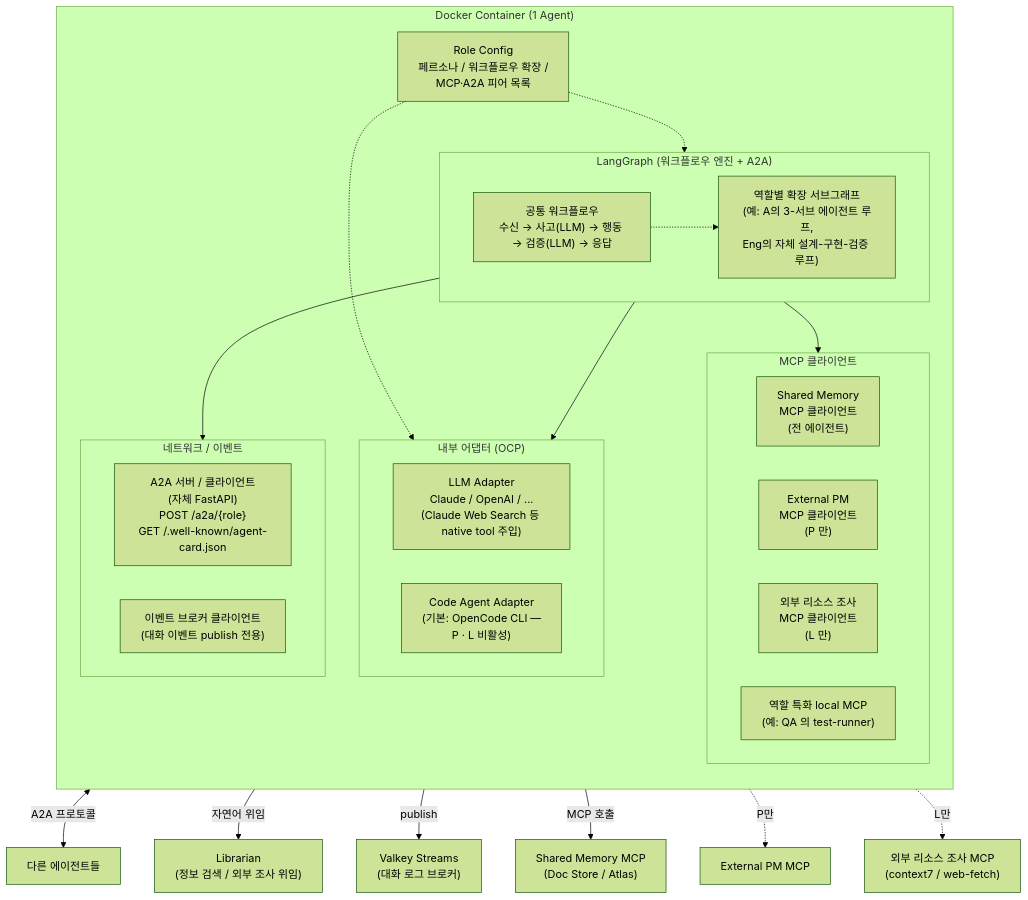
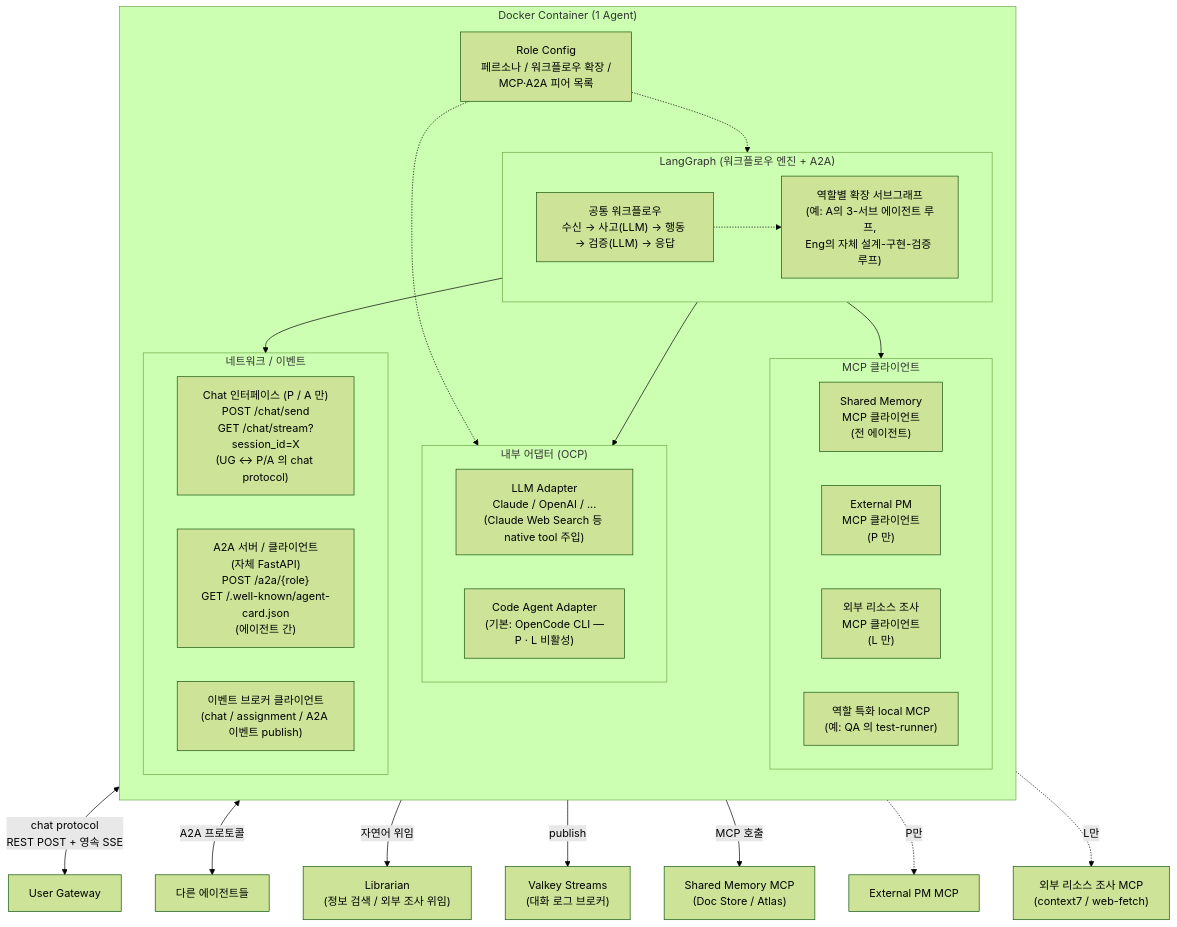
Before and after one commit to vonkernel/dev-team: the diagram in docs/proposal/architecture-agent-internals.md, drawn with Mermaid (forest theme). The commit also changed other lines of this file and 9 other files, not shown here.

First line of the commit message:
docs(m3): UG↔P/A chat tier 분리 + schema 재정의 (#75) (#76)

````diff
--- a/docs/proposal/architecture-agent-internals.md
+++ b/docs/proposal/architecture-agent-internals.md
@@ -7,57 +7,60 @@
 ```mermaid
 graph TD
     subgraph Container["Docker Container (1 Agent)"]
         direction TB
         RoleConfig["Role Config<br/>페르소나 / 워크플로우 확장 /<br/>MCP·A2A 피어 목록"]
 
         subgraph LG["LangGraph (워크플로우 엔진 + A2A)"]
             Base["공통 워크플로우<br/>수신 → 사고(LLM) → 행동 → 검증(LLM) → 응답"]
             Ext["역할별 확장 서브그래프<br/>(예: A의 3-서브 에이전트 루프,<br/>Eng의 자체 설계-구현-검증 루프)"]
             Base -.-> Ext
         end
 
         subgraph Adapters["내부 어댑터 (OCP)"]
             direction LR
             LLMAdapter["LLM Adapter<br/>Claude / OpenAI / ...<br/>(Claude Web Search 등 native tool 주입)"]
             CodeAdapter["Code Agent Adapter<br/>(기본: OpenCode CLI —<br/>P · L 비활성)"]
         end
 
         subgraph LocalMCP["MCP 클라이언트"]
             direction LR
             SharedMemClient["Shared Memory<br/>MCP 클라이언트<br/>(전 에이전트)"]
             ExtPmClient["External PM<br/>MCP 클라이언트<br/>(P 만)"]
             ResearchClient["외부 리소스 조사<br/>MCP 클라이언트<br/>(L 만)"]
             RoleMCP["역할 특화 local MCP<br/>(예: QA 의 test-runner)"]
         end
 
         subgraph Network["네트워크 / 이벤트"]
             direction LR
-            A2A["A2A 서버 / 클라이언트<br/>(자체 FastAPI)<br/>POST /a2a/{role}<br/>GET /.well-known/agent-card.json"]
-            BrokerClient["이벤트 브로커 클라이언트<br/>(대화 이벤트 publish 전용)"]
+            ChatEP["Chat 인터페이스 (P / A 만)<br/>POST /chat/send<br/>GET /chat/stream?session_id=X<br/>(UG ↔ P/A 의 chat protocol)"]
+            A2A["A2A 서버 / 클라이언트<br/>(자체 FastAPI)<br/>POST /a2a/{role}<br/>GET /.well-known/agent-card.json<br/>(에이전트 간)"]
+            BrokerClient["이벤트 브로커 클라이언트<br/>(chat / assignment / A2A 이벤트 publish)"]
         end
     end
 
     %% Config 주입
     RoleConfig -.-> LG
     RoleConfig -.-> Adapters
 
     %% LG → effectors (vertical stacking 강제)
     LG --> Adapters
     LG --> LocalMCP
     LG --> Network
 
     %% 외부 서비스
     Peers["다른 에이전트들"]
     Librarian["Librarian<br/>(정보 검색 / 외부 조사 위임)"]
     Broker["Valkey Streams<br/>(대화 로그 브로커)"]
     SharedMemMCP["Shared Memory MCP<br/>(Doc Store / Atlas)"]
     ExtPmMCP["External PM MCP"]
     ResearchMCP["외부 리소스 조사 MCP<br/>(context7 / web-fetch)"]
 
+    UG_ext["User Gateway"]
+    ChatEP <-->|chat protocol<br/>REST POST + 영속 SSE| UG_ext
     A2A <-->|A2A 프로토콜| Peers
     A2A -->|자연어 위임| Librarian
     BrokerClient -->|publish| Broker
     SharedMemClient -->|MCP 호출| SharedMemMCP
     ExtPmClient -.P만.-> ExtPmMCP
     ResearchClient -.L만.-> ResearchMCP
 ```
````
